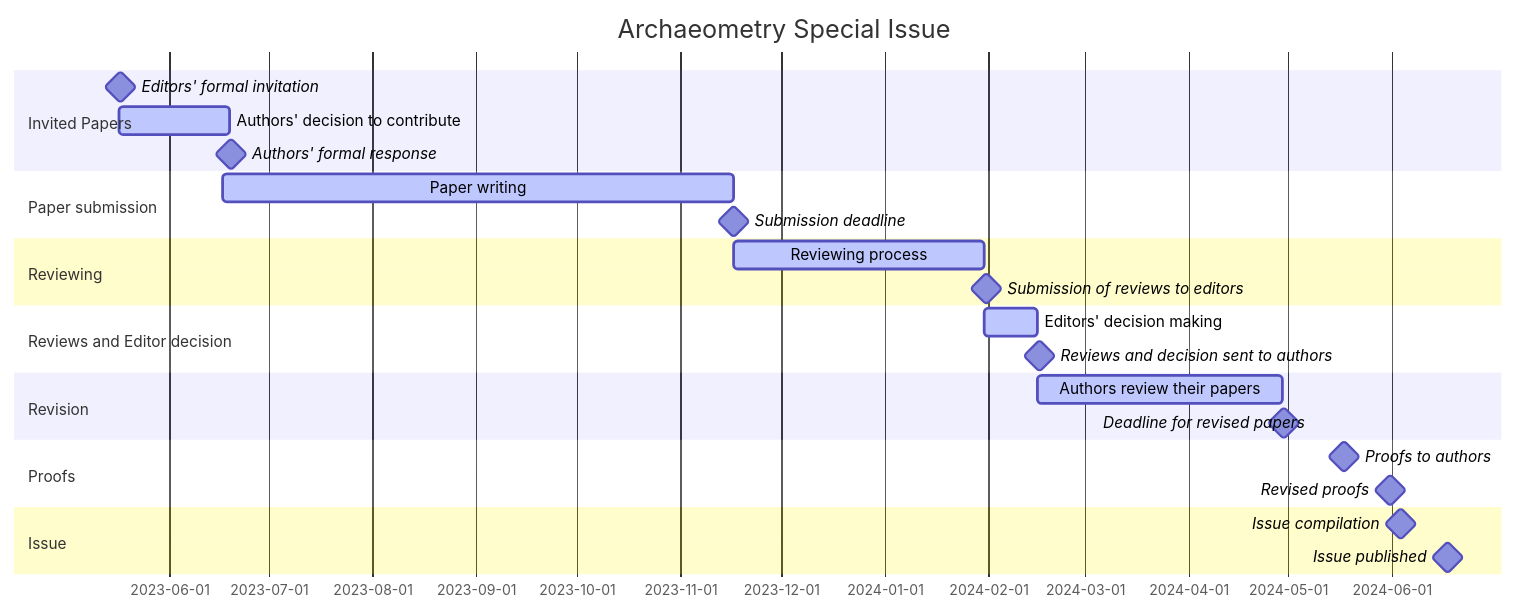
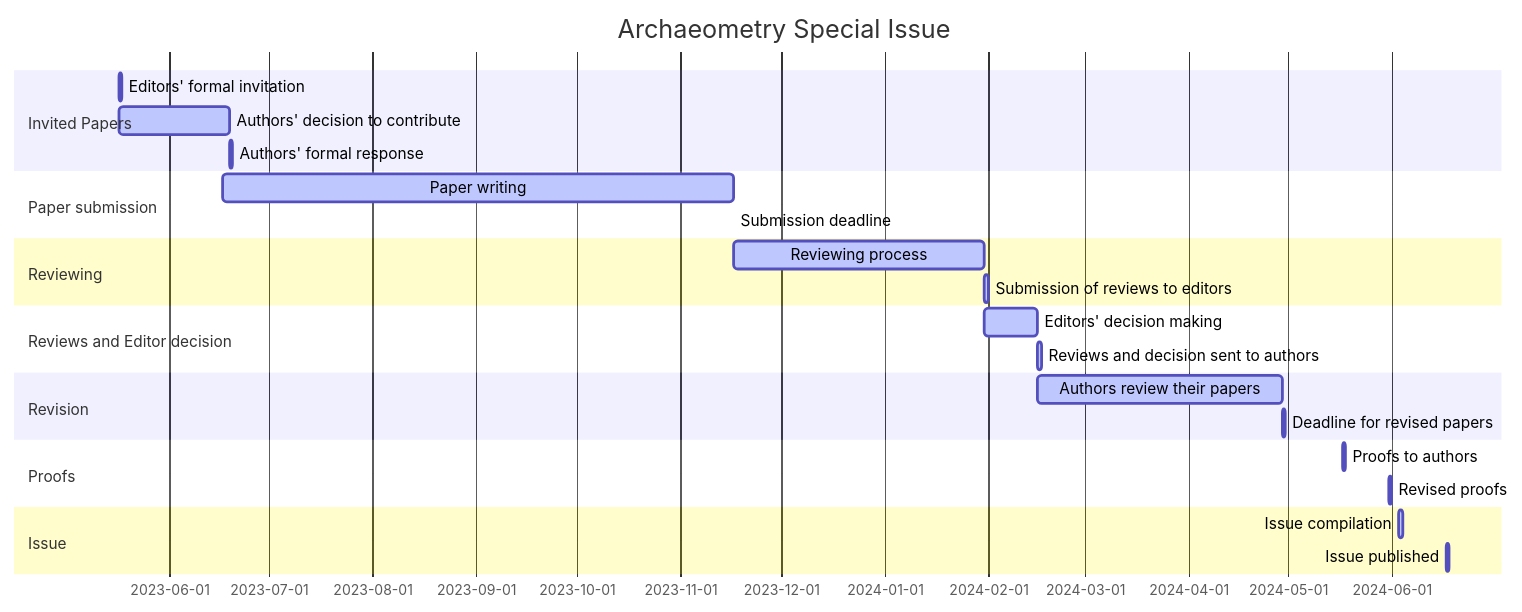
Before and after one commit to historical-time/archaeometry-si: the diagram in README.md, drawn with Mermaid.

Commit message:
milestone out

````diff
--- a/README.md
+++ b/README.md
@@ -12,32 +12,32 @@
 ```mermaid
 gantt
     title Archaeometry Special Issue
     dateFormat  YYYY-MM-DD
     section Invited Papers
-    Editors' formal invitation                 : milestone, m0, 2023-05-17, 1d
+    Editors' formal invitation                 : active, m0, 2023-05-17, 1d
     Authors' decision to contribute : active, a0, 2023-05-17, 2023-06-19
-    Authors' formal response                  : milestone, m0, 2023-06-19, 1d
+    Authors' formal response                  : active, m0, 2023-06-19, 1d
     %% section Short paper description
     %% Request short paper description  : milestone, m0, 2023-06-19, 1d
     %% Deadline short paper description : milestone, m0, 2023-07-18, 1d
     %% Editor feedback letter           : milestone, m1, 2023-07-21, 1d
     section Paper submission
     Paper writing                    : active, a0, 2023-06-17, 2023-11-17
-    Submission deadline              : milestone, m9, 2023-11-17, 1d %% Soft deadline
-    %% Hard deadline                 : milestone, m9, 2023-11-30, 1d %% Hard deadline
+    Submission deadline              : active, m9, 2023-11-17, 1d %% Soft deadline
+    %% Hard deadline                 : active, m9, 2023-11-30, 1d %% Hard deadline
     section Reviewing
     Reviewing process                  : active, a1, 2023-11-17, 2024-01-31
-    Submission of reviews to editors   : milestone, m1, 2024-01-31, 1d
+    Submission of reviews to editors   : active, m1, 2024-01-31, 1d
     section Reviews and Editor decision
     Editors' decision making              : active, a2, 2024-01-31, 2024-02-16
-    Reviews and decision sent to authors  : milestone, m2, 2024-02-16, 1d
+    Reviews and decision sent to authors  : active, m2, 2024-02-16, 1d
     section Revision
     Authors review their papers       : active, a3, 2024-02-16, 2024-04-29
-    Deadline for revised papers       : milestone, m2, 2024-04-29, 1d
+    Deadline for revised papers       : active, m2, 2024-04-29, 1d
     section Proofs
-    Proofs to authors                : milestone, m2, 2024-05-17, 1d
-    Revised proofs                   : milestone, m2, 2024-05-31, 1d
+    Proofs to authors                : active, m2, 2024-05-17, 1d
+    Revised proofs                   : active, m2, 2024-05-31, 1d
     section Issue
-    Issue compilation                : milestone, m2, 2024-06-03, 1d
-    Issue published                  : milestone, m2, 2024-06-17, 1d
+    Issue compilation                : active, m2, 2024-06-03, 1d
+    Issue published                  : active, m2, 2024-06-17, 1d
 ```
````
